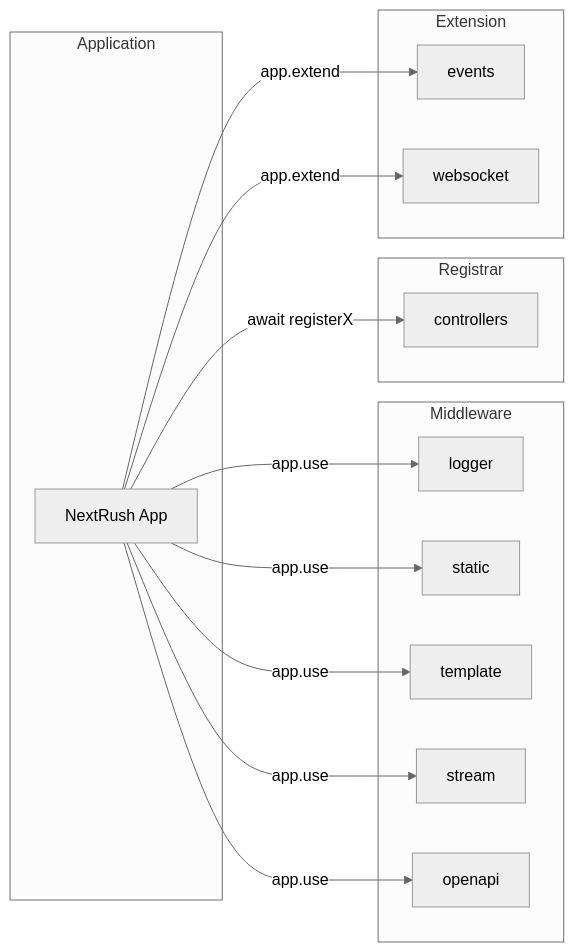
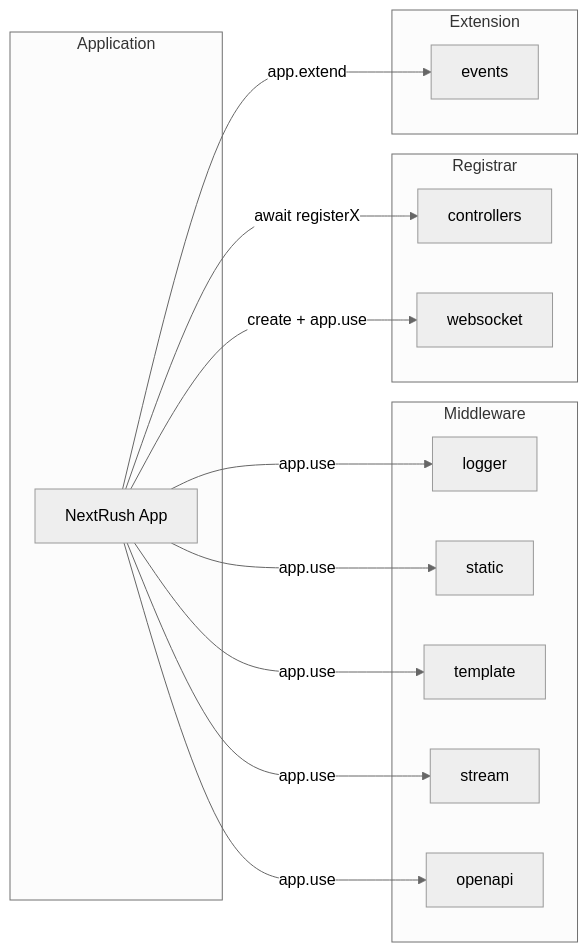
Before and after one commit to 0xTanzim/nextRush: the diagram in apps/docs/content/docs/api-reference/plugins/index.mdx, drawn with Mermaid (neutral theme). The commit also changed other lines of this file and 5 other files, not shown here.

````diff
--- a/apps/docs/content/docs/api-reference/plugins/index.mdx
+++ b/apps/docs/content/docs/api-reference/plugins/index.mdx
@@ -12,32 +12,32 @@
 ```mermaid
 graph LR
     subgraph Application
         app[NextRush App]
     end
 
     subgraph Middleware
         log[logger]
         static[static]
         tpl[template]
         stream[stream]
         openapi[openapi]
     end
 
     subgraph Registrar
         ctrl[controllers]
+        ws[websocket]
     end
 
     subgraph Extension
         events[events]
-        ws[websocket]
     end
 
     app -->|app.use| log
     app -->|app.use| static
     app -->|app.use| tpl
     app -->|app.use| stream
     app -->|app.use| openapi
     app -->|await registerX| ctrl
+    app -->|create + app.use| ws
     app -->|app.extend| events
-    app -->|app.extend| ws
 ```
````
